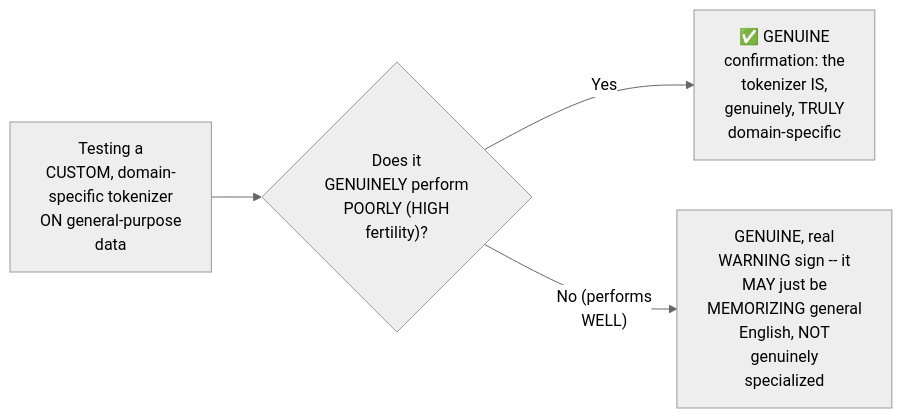
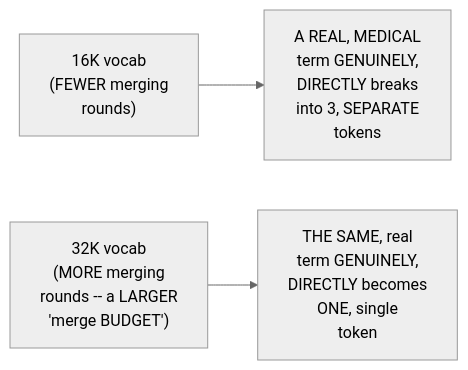
Before and after one commit to sanjeevpalla/Notes: the tenth of 27 diagrams in LLM Production AI Engineering/1. AI Foundations/2. Tokenization/4. Resolving the Vocabulary-Size Conflict.md, drawn with Mermaid (neutral theme). The commit also changed other lines of this file and 7 other files, not shown here.

````diff
--- a/LLM Production AI Engineering/1. AI Foundations/2. Tokenization/4. Resolving the Vocabulary-Size Conflict.md
+++ b/LLM Production AI Engineering/1. AI Foundations/2. Tokenization/4. Resolving the Vocabulary-Size Conflict.md
@@ -293,6 +225,5 @@
 ```mermaid
 flowchart LR
-    A["Testing a<br/>CUSTOM, domain-<br/>specific tokenizer<br/>ON general-purpose<br/>data"] --> B{"Does it<br/>GENUINELY perform<br/>POORLY (HIGH<br/>fertility)?"}
-    B -->|"Yes"| C["✅ GENUINE<br/>confirmation: the<br/>tokenizer IS,<br/>genuinely, TRULY<br/>domain-specific"]
-    B -->|"No (performs<br/>WELL)"| D["GENUINE, real<br/>WARNING sign -- it<br/>MAY just be<br/>MEMORIZING general<br/>English, NOT<br/>genuinely<br/>specialized"]
+    A["16K vocab<br/>(FEWER merging<br/>rounds)"] --> B["A REAL, MEDICAL<br/>term GENUINELY,<br/>DIRECTLY breaks<br/>into 3, SEPARATE<br/>tokens"]
+    C["32K vocab<br/>(MORE merging<br/>rounds -- a LARGER<br/>'merge BUDGET')"] --> D["THE SAME, real<br/>term GENUINELY,<br/>DIRECTLY becomes<br/>ONE, single<br/>token"]
 ```
````
